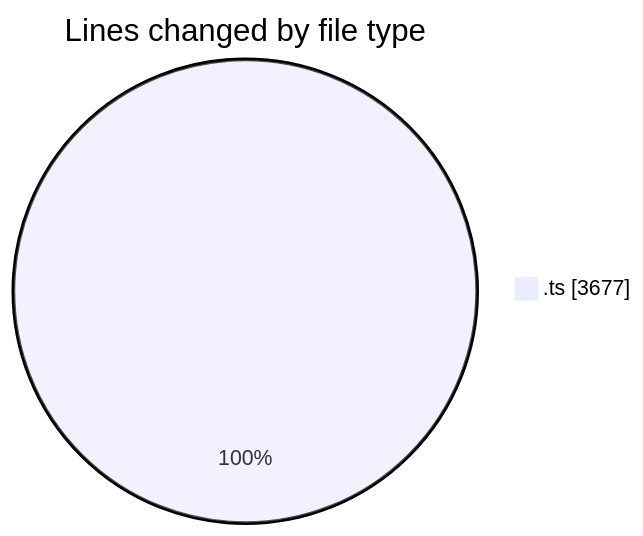
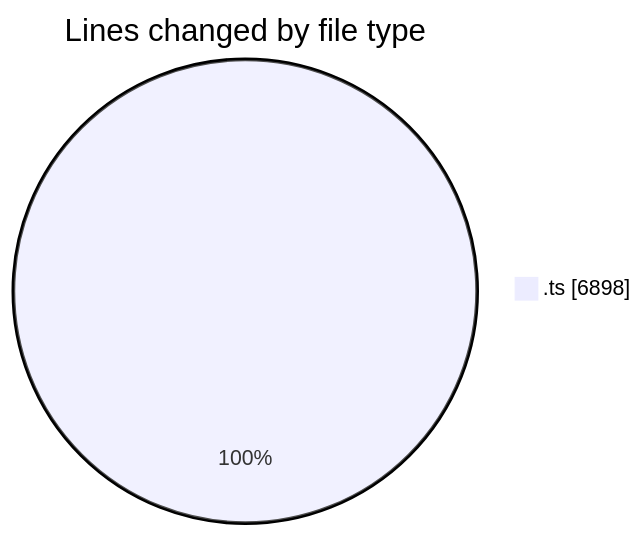
Before and after one commit to momahboobian/code-tracking: the first of 2 diagrams in 2025-10-23/cda/README.md, drawn with Mermaid. The commit also changed other lines of this file and 1 other file, not shown here.

````diff
--- a/2025-10-23/cda/README.md
+++ b/2025-10-23/cda/README.md
@@ -24,5 +25,5 @@
 ```mermaid
 pie showData
 title Lines changed by file type
-".ts" : 3677
+".ts" : 6898
 ```
````
